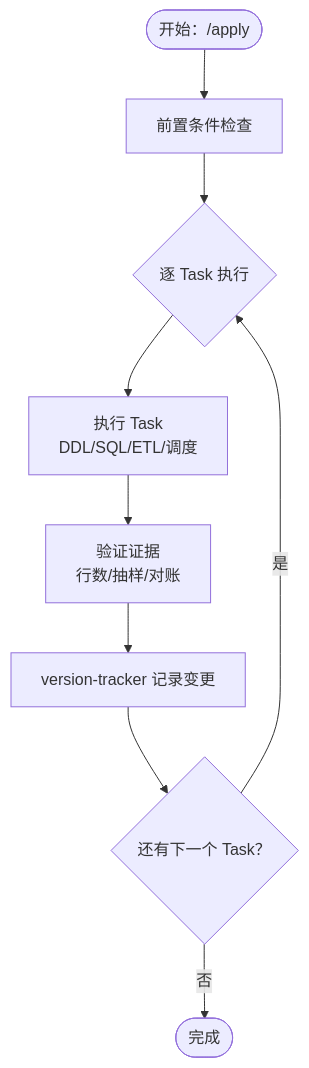
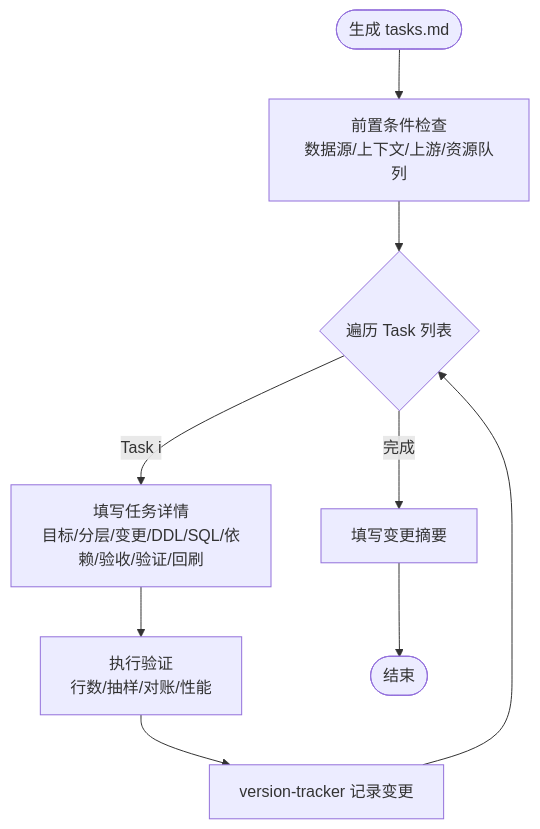
The fourth of 8 diagrams in .qoder/repowiki/zh/content/变更管理系统/变更管理系统.md (13679659643/Data_Warehouse_Engineering), drawn with Mermaid before and after one commit. The commit also changed other lines of this file and 88 other files, not shown here.

````diff
--- a/.qoder/repowiki/zh/content/变更管理系统/变更管理系统.md
+++ b/.qoder/repowiki/zh/content/变更管理系统/变更管理系统.md
@@ -204,11 +188,11 @@
 ```mermaid
 flowchart TD
-TStart(["开始：/apply"]) --> PreCheck["前置条件检查"]
-PreCheck --> LoopTasks{"逐 Task 执行"}
-LoopTasks --> TaskExec["执行 Task<br/>DDL/SQL/ETL/调度"]
-TaskExec --> Verify["验证证据<br/>行数/抽样/对账"]
+TStart(["生成 tasks.md"]) --> PreReq["前置条件检查<br/>数据源/上下文/上游/资源队列"]
+PreReq --> TaskLoop{"遍历 Task 列表"}
+TaskLoop --> |Task i| TaskDetail["填写任务详情<br/>目标/分层/变更/DDL/SQL/依赖/验收/验证/回刷"]
+TaskDetail --> Verify["执行验证<br/>行数/抽样/对账/性能"]
 Verify --> Record["version-tracker 记录变更"]
-Record --> NextTask{"还有下一个 Task？"}
-NextTask --> |是| LoopTasks
-NextTask --> |否| TEnd(["完成"])
+Record --> TaskLoop
+TaskLoop --> |完成| Summary["填写变更摘要"]
+Summary --> TEnd(["结束"])
 ```
````
